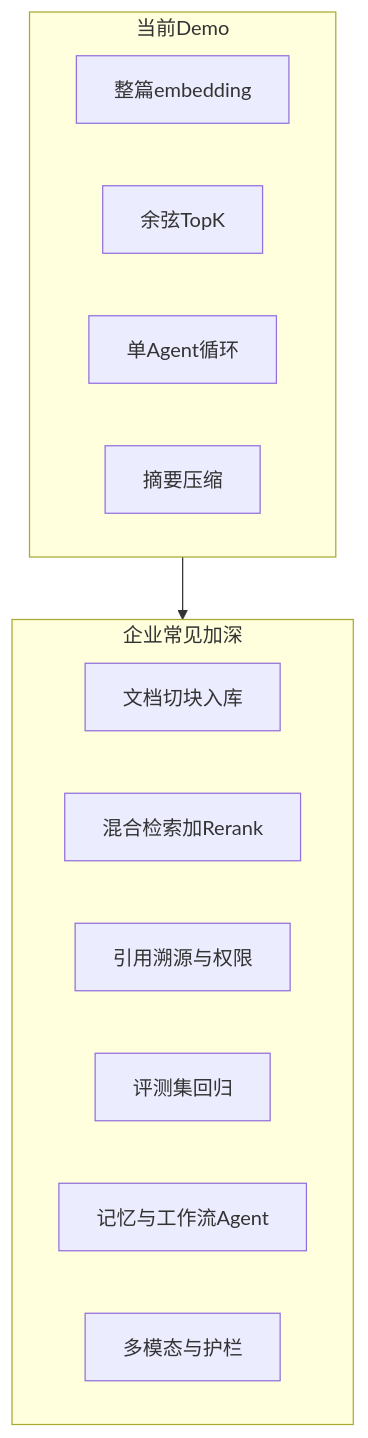
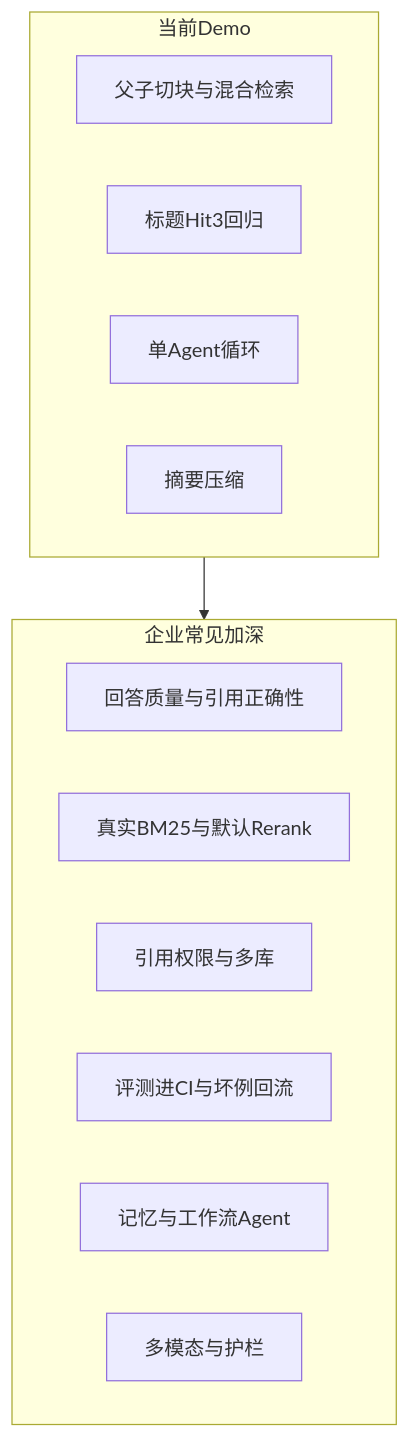
The second of 2 diagrams in docs/与企业级能力对照.md (ziyuanxueying/ai-knowledge-demo), drawn with Mermaid before and after one commit. The commit also changed other lines of this file and 12 other files, not shown here.

````diff
--- a/docs/与企业级能力对照.md
+++ b/docs/与企业级能力对照.md
@@ -50,18 +50,18 @@
 ```mermaid
 flowchart TB
   subgraph demo [当前Demo]
-    E1[整篇embedding]
-    E2[余弦TopK]
+    E1[父子切块与混合检索]
+    E2[标题Hit3回归]
     E3[单Agent循环]
     E4[摘要压缩]
   end
   subgraph ent [企业常见加深]
-    D1[文档切块入库]
-    D2[混合检索加Rerank]
-    D3[引用溯源与权限]
-    D4[评测集回归]
+    D1[回答质量与引用正确性]
+    D2[真实BM25与默认Rerank]
+    D3[引用权限与多库]
+    D4[评测进CI与坏例回流]
     D5[记忆与工作流Agent]
     D6[多模态与护栏]
   end
   demo --> ent
 ```
````
